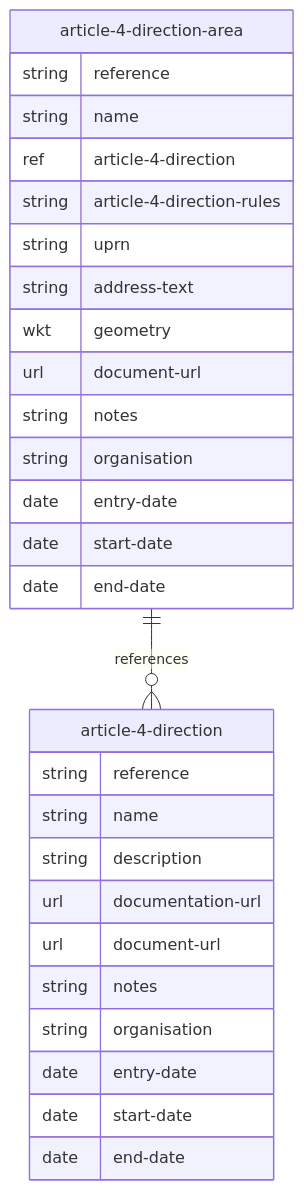
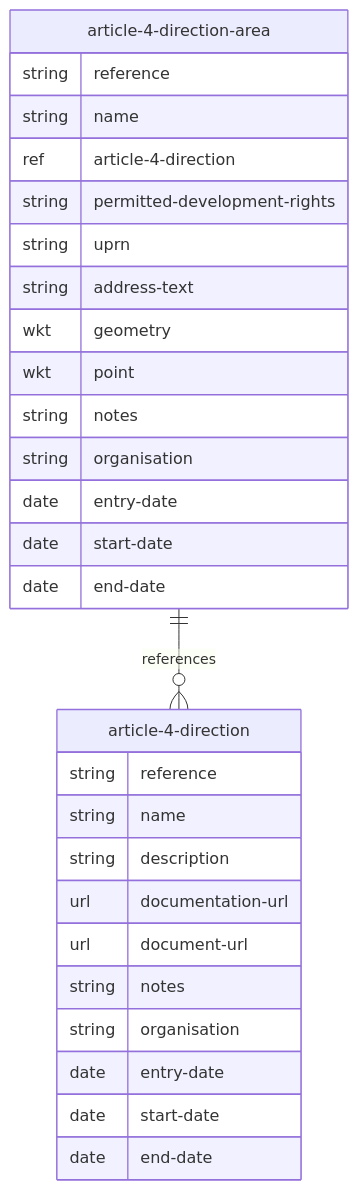
Before and after one commit to digital-land/specification: the diagram in mermaid/article-4-direction.md, drawn with Mermaid. The commit also changed 5 other files, not shown here.

Commit message:
Rebuilt docs mermaid

````diff
--- a/mermaid/article-4-direction.md
+++ b/mermaid/article-4-direction.md
@@ -4,31 +4,31 @@
 ```mermaid
 erDiagram
     article-4-direction {
         string reference
         string name
         string description
         url documentation-url
         url document-url
         string notes
         string organisation
         date entry-date
         date start-date
         date end-date
     }
     article-4-direction-area {
         string reference
         string name
         ref article-4-direction
-        string article-4-direction-rules
+        string permitted-development-rights
         string uprn
         string address-text
         wkt geometry
-        url document-url
+        wkt point
         string notes
         string organisation
         date entry-date
         date start-date
         date end-date
     }
     article-4-direction-area ||--o{ article-4-direction : references
 ```
````
